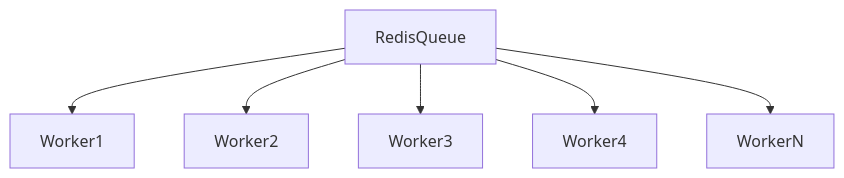
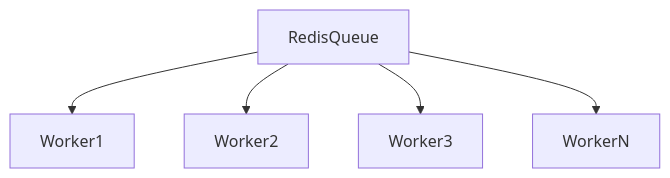
One commit to HVC640/Distributed-Task-Processing-Platform changed diagram 12 of 12 in architecture-diagram.md. Above: the diagram before and after it, drawn with Mermaid. The commit also changed other lines of this file and 4 other files, not shown here.

Commit message:
Enhance system documentation and architecture diagrams; add README with project overview, features, and setup instructions

````diff
--- a/architecture-diagram.md
+++ b/architecture-diagram.md
@@ -467,17 +277,8 @@
 ```mermaid
-
 flowchart TD
 
-
-
 RedisQueue --> Worker1
-
 RedisQueue --> Worker2
-
 RedisQueue --> Worker3
-
-RedisQueue --> Worker4
-
 RedisQueue --> WorkerN
-
 ```
````
